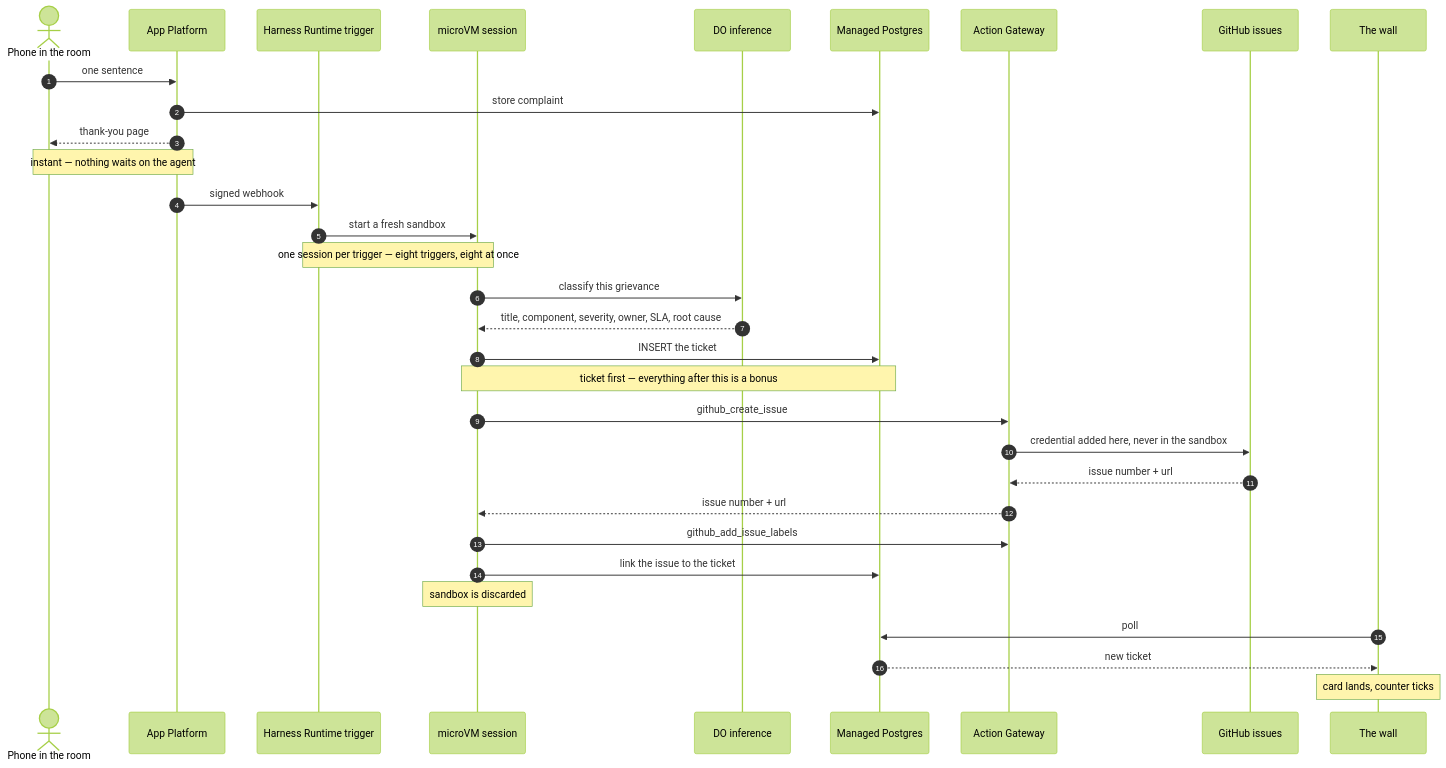
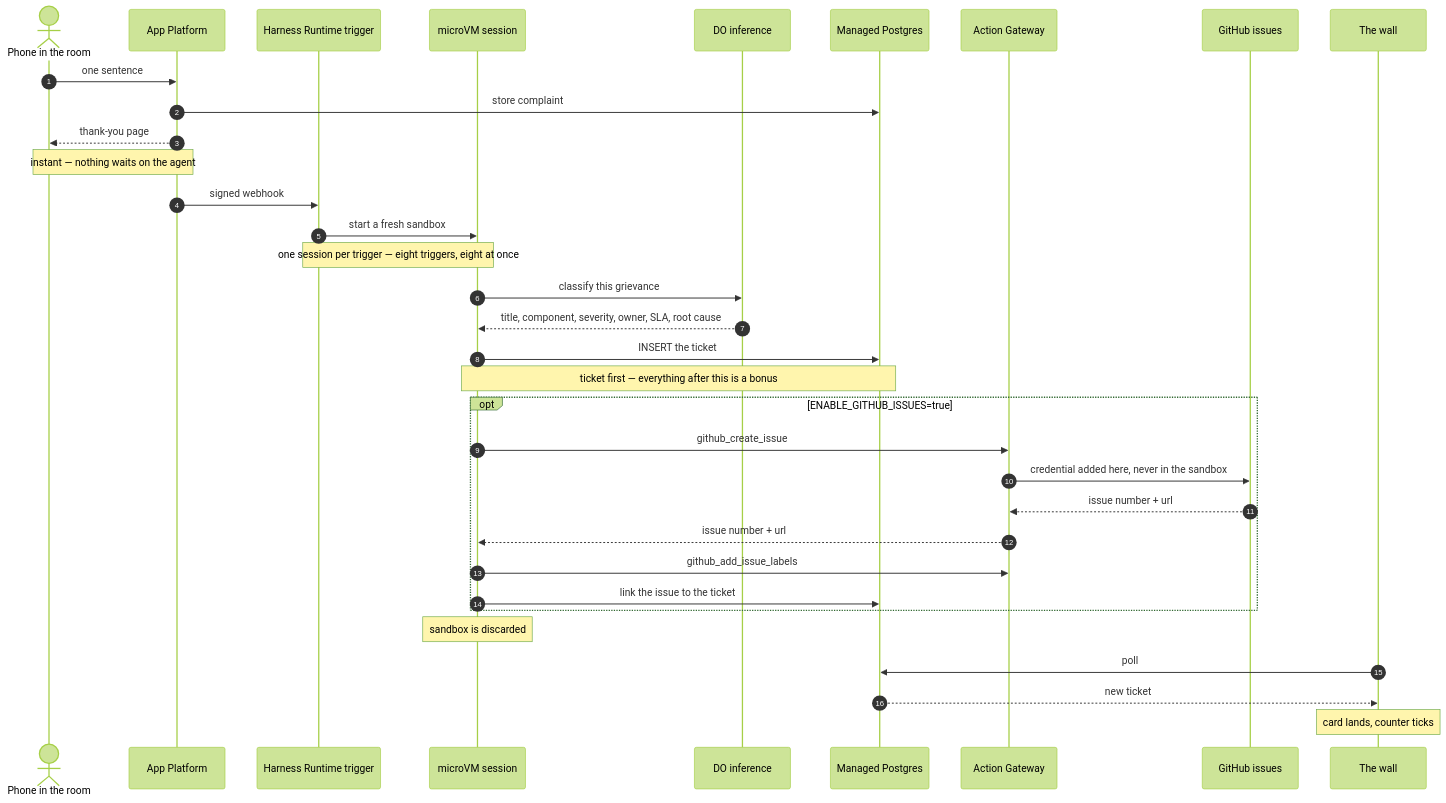
The first of 2 diagrams in README.md (DO-Solutions/facility_tracker_demo), drawn with Mermaid (forest theme) before and after one commit. The commit also changed other lines of this file and 41 other files, not shown here.

First line of the commit message:
Summary agent, optional GitHub issues, and a credential-free web tier

````diff
--- a/README.md
+++ b/README.md
@@ -23,39 +22,41 @@
 ```mermaid
 sequenceDiagram
     autonumber
     actor Guest as Phone in the room
     participant App as App Platform
     participant Trig as Harness Runtime trigger
     participant VM as microVM session
     participant Inf as DO inference
     participant PG as Managed Postgres
     participant AG as Action Gateway
     participant GH as GitHub issues
     participant Wall as The wall
 
     Guest->>App: one sentence
     App->>PG: store complaint
     App-->>Guest: thank-you page
     Note over App,Guest: instant — nothing waits on the agent
 
     App->>Trig: signed webhook
     Trig->>VM: start a fresh sandbox
     Note over Trig,VM: one session per trigger — eight triggers, eight at once
 
     VM->>Inf: classify this grievance
     Inf-->>VM: title, component, severity, owner, SLA, root cause
     VM->>PG: INSERT the ticket
     Note over VM,PG: ticket first — everything after this is a bonus
 
-    VM->>AG: github_create_issue
-    AG->>GH: credential added here, never in the sandbox
-    GH-->>AG: issue number + url
-    AG-->>VM: issue number + url
-    VM->>AG: github_add_issue_labels
-    VM->>PG: link the issue to the ticket
+    opt ENABLE_GITHUB_ISSUES=true
+        VM->>AG: github_create_issue
+        AG->>GH: credential added here, never in the sandbox
+        GH-->>AG: issue number + url
+        AG-->>VM: issue number + url
+        VM->>AG: github_add_issue_labels
+        VM->>PG: link the issue to the ticket
+    end
     Note over VM: sandbox is discarded
 
     Wall->>PG: poll
     PG-->>Wall: new ticket
     Note over Wall: card lands, counter ticks
 ```
````
